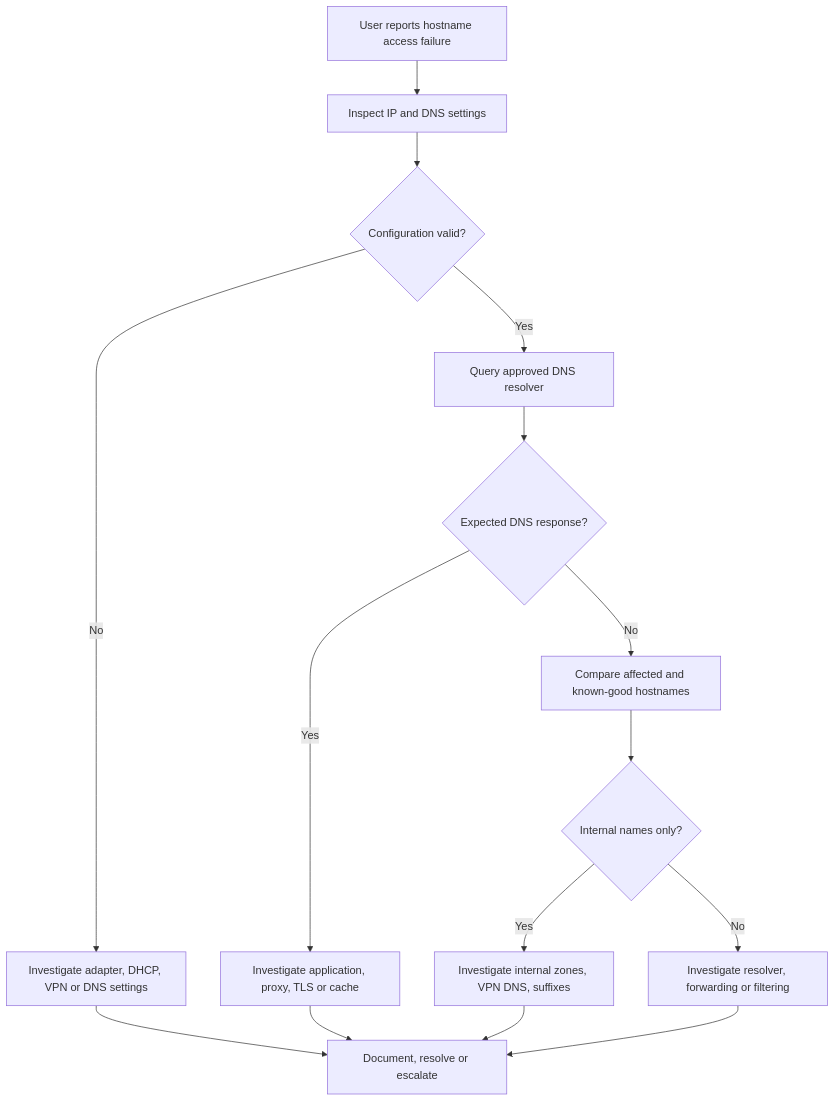
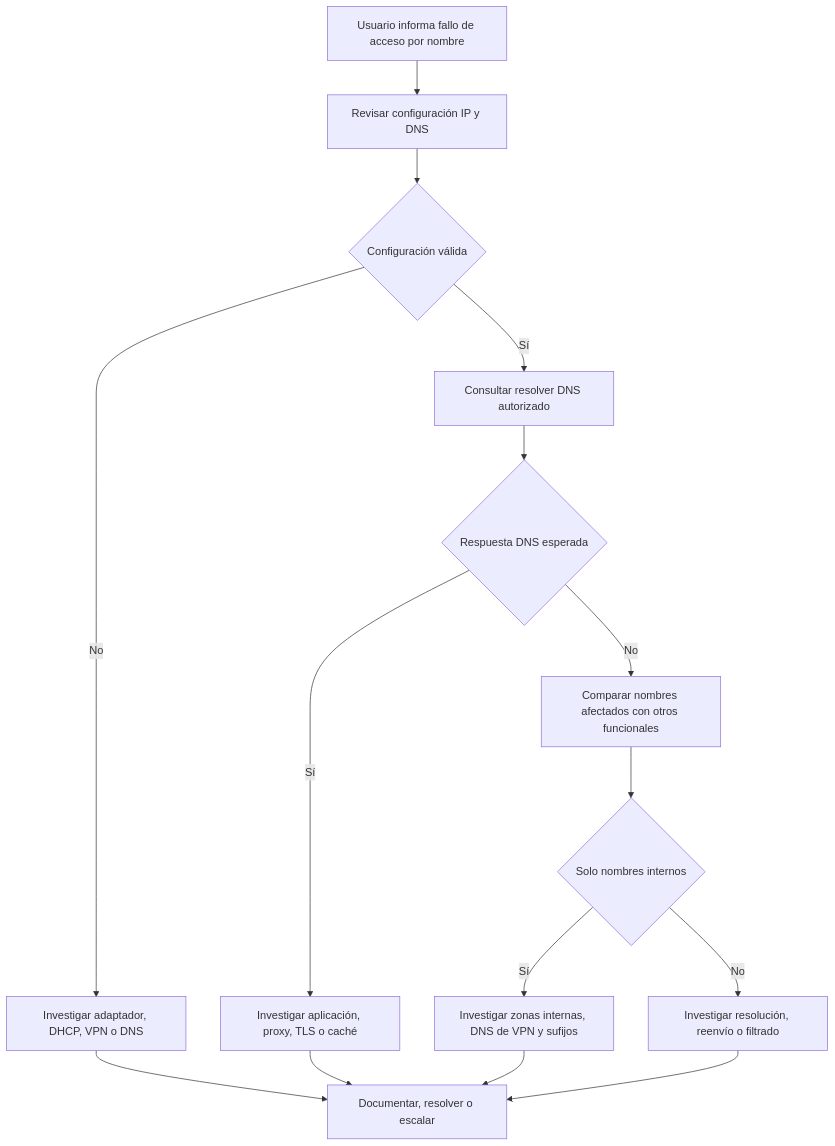
Before and after one commit to fefemora/it-portfolio-es: the diagram in IT-Support/Service-Desk-Incident-Management/incidents/INC-003-DNS-Decision-Tree.md, drawn with Mermaid. The commit also changed other lines of this file, not shown here.

Commit message:
docs(es): translate simulated authentication and DNS workflow

````diff
--- a/IT-Support/Service-Desk-Incident-Management/incidents/INC-003-DNS-Decision-Tree.md
+++ b/IT-Support/Service-Desk-Incident-Management/incidents/INC-003-DNS-Decision-Tree.md
@@ -11,17 +11,17 @@
 ```mermaid
 flowchart TD
-    A[User reports hostname access failure] --> B[Inspect IP and DNS settings]
-    B --> C{Configuration valid?}
-    C -->|No| D[Investigate adapter, DHCP, VPN or DNS settings]
-    C -->|Yes| E[Query approved DNS resolver]
-    E --> F{Expected DNS response?}
-    F -->|Yes| G[Investigate application, proxy, TLS or cache]
-    F -->|No| H[Compare affected and known-good hostnames]
-    H --> I{Internal names only?}
-    I -->|Yes| J[Investigate internal zones, VPN DNS, suffixes]
-    I -->|No| K[Investigate resolver, forwarding or filtering]
-    D --> L[Document, resolve or escalate]
+    A[Usuario informa fallo de acceso por nombre] --> B[Revisar configuración IP y DNS]
+    B --> C{Configuración válida}
+    C -->|No| D[Investigar adaptador, DHCP, VPN o DNS]
+    C -->|Sí| E[Consultar resolver DNS autorizado]
+    E --> F{Respuesta DNS esperada}
+    F -->|Sí| G[Investigar aplicación, proxy, TLS o caché]
+    F -->|No| H[Comparar nombres afectados con otros funcionales]
+    H --> I{Solo nombres internos}
+    I -->|Sí| J[Investigar zonas internas, DNS de VPN y sufijos]
+    I -->|No| K[Investigar resolución, reenvío o filtrado]
+    D --> L[Documentar, resolver o escalar]
     G --> L
     J --> L
     K --> L
 ```
````
